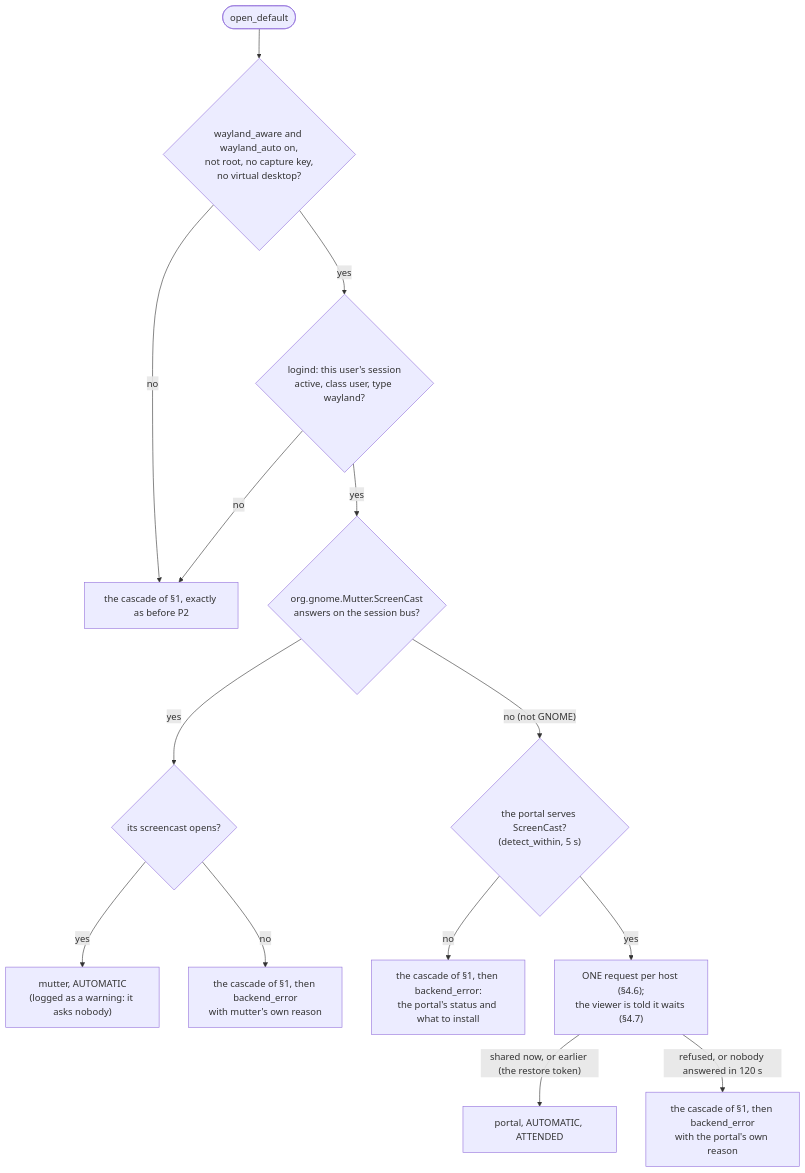
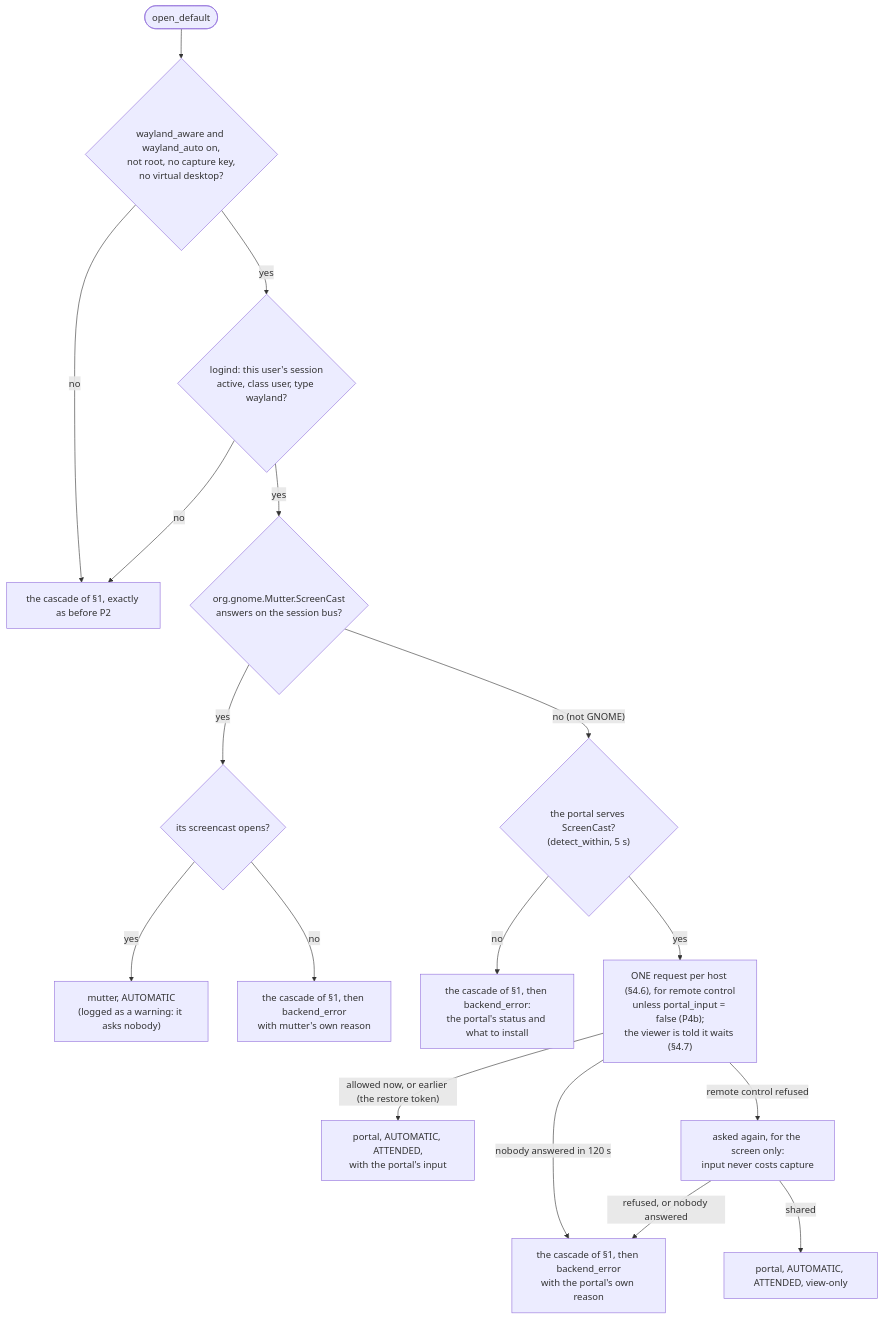
One commit to gjovanov/roomler-ai changed the second of 9 diagrams in docs/linux-capture.md. Above: the diagram before and after it, drawn with Mermaid. The commit also changed other lines of this file and 12 other files, not shown here.

First line of the commit message:
feat(fr-93): P4b — the automatic portal asks for remote control; portal input calls keep their order (#1972) (#2096)

````diff
--- a/docs/linux-capture.md
+++ b/docs/linux-capture.md
@@ -184,16 +184,19 @@
 ```mermaid
 flowchart TD
     O([open_default]) --> K{"wayland_aware and wayland_auto on,<br/>not root, no capture key,<br/>no virtual desktop?"}
     K -- no --> C["the cascade of §1, exactly as before P2"]
     K -- yes --> S{"logind: this user's session<br/>active, class user, type wayland?"}
     S -- no --> C
     S -- yes --> M{"org.gnome.Mutter.ScreenCast<br/>answers on the session bus?"}
     M -- yes --> MO{"its screencast opens?"}
     MO -- yes --> MU["mutter, AUTOMATIC<br/>(logged as a warning: it asks nobody)"]
     MO -- no --> F["the cascade of §1, then backend_error<br/>with mutter's own reason"]
     M -- "no (not GNOME)" --> PD{"the portal serves ScreenCast?<br/>(detect_within, 5 s)"}
     PD -- no --> FP["the cascade of §1, then backend_error:<br/>the portal's status and what to install"]
-    PD -- yes --> PR["ONE request per host (§4.6);<br/>the viewer is told it waits (§4.7)"]
-    PR -- "shared now, or earlier (the restore token)" --> PO["portal, AUTOMATIC, ATTENDED"]
-    PR -- "refused, or nobody answered in 120 s" --> FR["the cascade of §1, then backend_error<br/>with the portal's own reason"]
+    PD -- yes --> PR["ONE request per host (§4.6), for remote control<br/>unless portal_input = false (P4b);<br/>the viewer is told it waits (§4.7)"]
+    PR -- "allowed now, or earlier (the restore token)" --> PO["portal, AUTOMATIC, ATTENDED,<br/>with the portal's input"]
+    PR -- "nobody answered in 120 s" --> FR["the cascade of §1, then backend_error<br/>with the portal's own reason"]
+    PR -- "remote control refused" --> PS["asked again, for the screen only:<br/>input never costs capture"]
+    PS -- shared --> PV["portal, AUTOMATIC, ATTENDED, view-only"]
+    PS -- "refused, or nobody answered" --> FR
 ```
````
